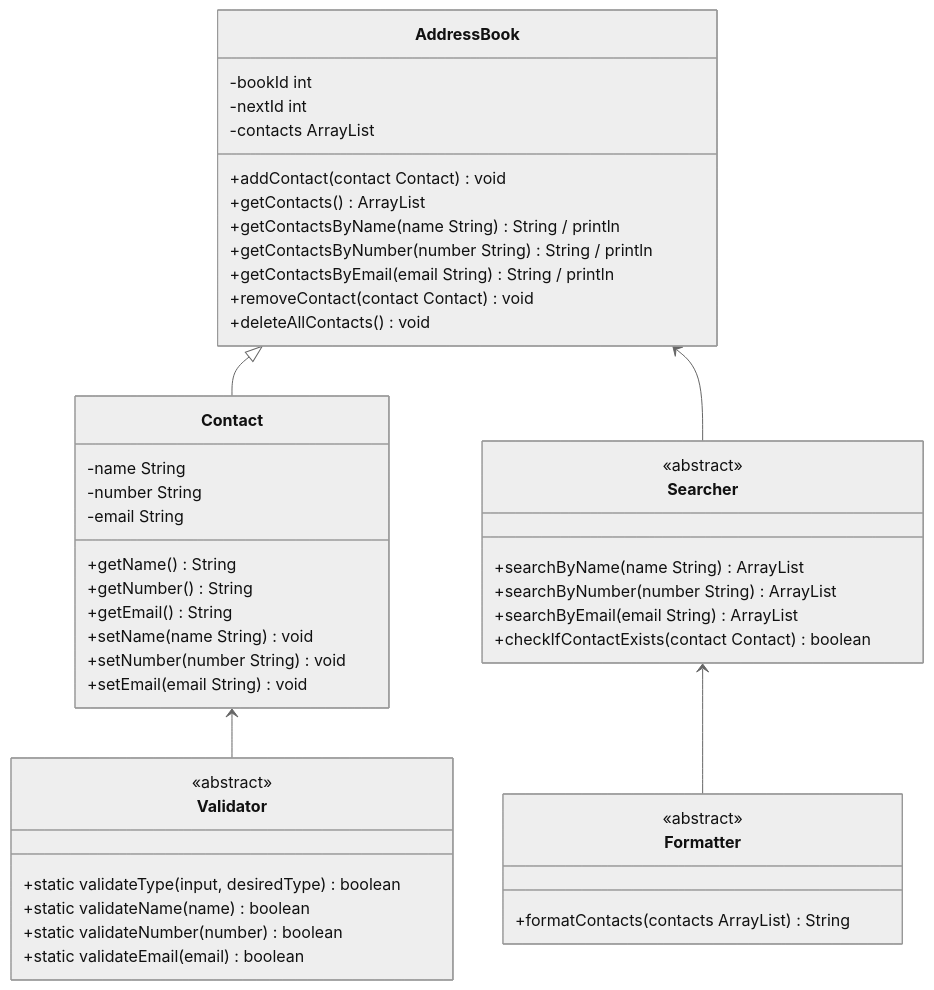
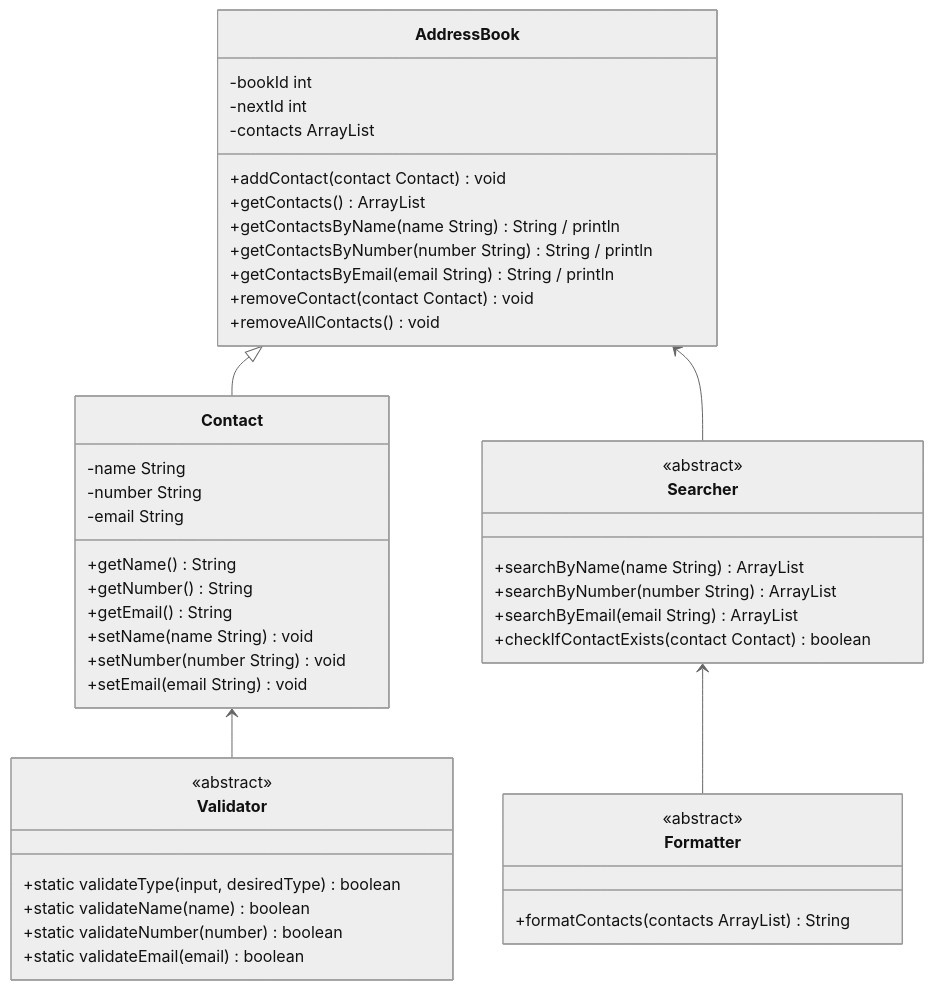
Before and after one commit to retcon1/dfa-challenge-3-address-book: the diagram in docs/domain-models-test-plan.md, drawn with Mermaid (neutral theme). The commit also changed 3 other files, not shown here.

````diff
--- a/docs/domain-models-test-plan.md
+++ b/docs/domain-models-test-plan.md
@@ -43,53 +43,53 @@
 ```mermaid
 classDiagram
     class AddressBook {
         -bookId int
         -nextId int
         -contacts ArrayList<Contact>
         +addContact(contact Contact) void
         +getContacts() ArrayList<Contact>
         +getContactsByName(name String) String / println
         +getContactsByNumber(number String) String / println
         +getContactsByEmail(email String) String / println
         +removeContact(contact Contact) void
-        +deleteAllContacts() void
+        +removeAllContacts() void
     }
     
     class Contact {
         -name String
         -number String
         -email String
         +getName() String
         +getNumber() String
         +getEmail() String
         +setName(name String) void
         +setNumber(number String) void
         +setEmail(email String) void
     }
     
     class Validator {
         <<abstract>>
         +static validateType(input, desiredType) boolean
         +static validateName(name) boolean
         +static validateNumber(number) boolean
         +static validateEmail(email) boolean
     }
     
     class Searcher {
         <<abstract>>
         +searchByName(name String) ArrayList<Contact>
         +searchByNumber(number String) ArrayList<Contact>
         +searchByEmail(email String) ArrayList<Contact>
         +checkIfContactExists(contact Contact) boolean
     }
     
     class Formatter {
         <<abstract>>
         +formatContacts(contacts ArrayList) String
     }
     
     AddressBook <|-- Contact
     AddressBook <-- Searcher
     Searcher <-- Formatter
     Contact <-- Validator
 ```
````
